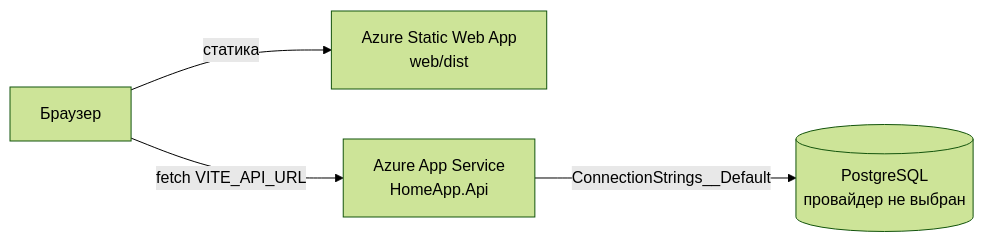
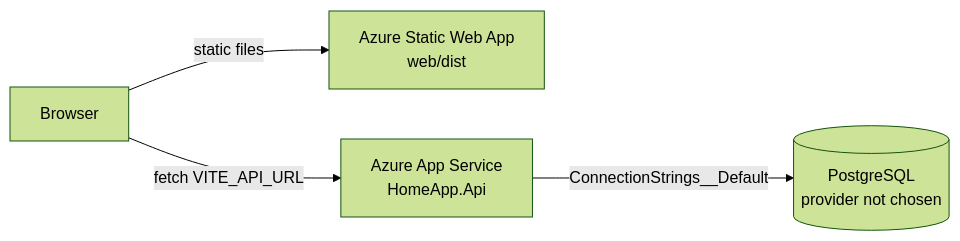
Before and after one commit to Weretik/home-app: the diagram in docs/architecture.md, drawn with Mermaid (forest theme). The commit also changed other lines of this file and 6 other files, not shown here.

````diff
--- a/docs/architecture.md
+++ b/docs/architecture.md
@@ -3,6 +3,6 @@
 ```mermaid
 flowchart LR
-  browser[Браузер] -->|статика| swa[Azure Static Web App<br/>web/dist]
+  browser[Browser] -->|static files| swa[Azure Static Web App<br/>web/dist]
   browser -->|fetch VITE_API_URL| api[Azure App Service<br/>HomeApp.Api]
-  api -->|ConnectionStrings__Default| db[(PostgreSQL<br/>провайдер не выбран)]
+  api -->|ConnectionStrings__Default| db[(PostgreSQL<br/>provider not chosen)]
 ```
````
